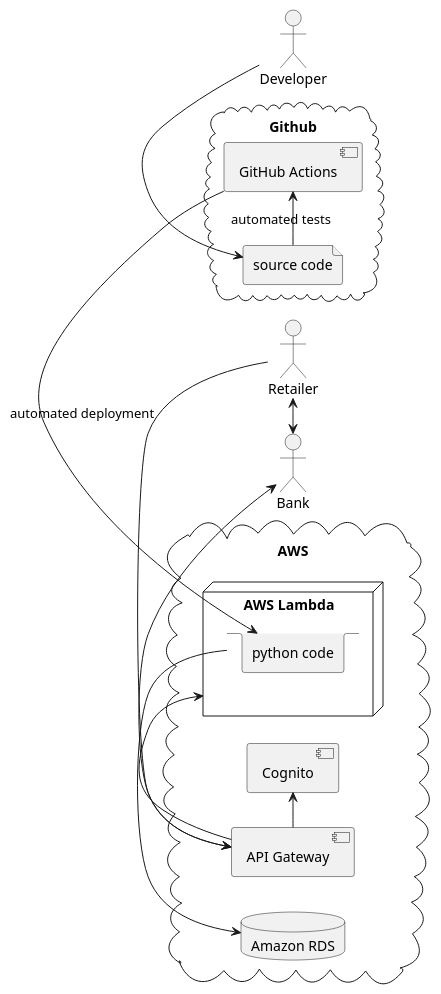
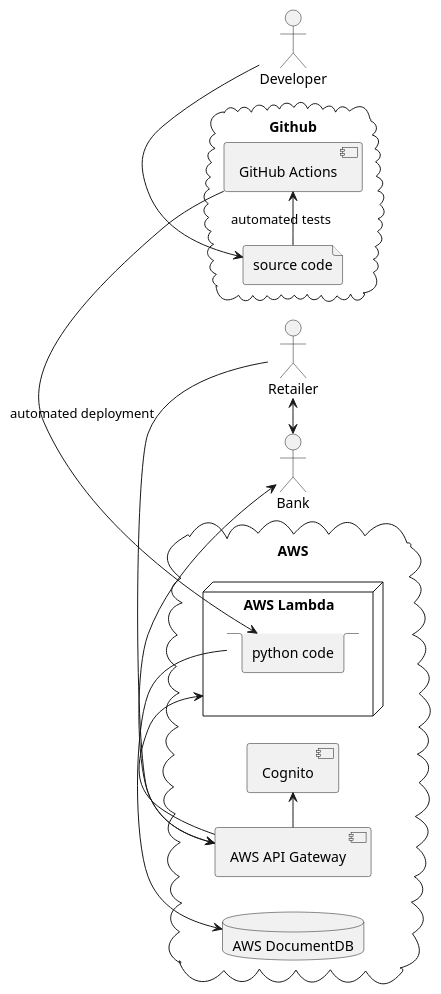
One commit to chexr-receipt-project/Manual changed the diagram in architectural/topology.pu. Above: the diagram before and after it, drawn with PlantUML. The commit also changed 6 other files, not shown here.

```diff
--- a/architectural/topology.pu
+++ b/architectural/topology.pu
@@ -1,33 +1,33 @@
 @startuml topology
 left to right direction
 actor Retailer
 actor Bank
 actor Developer
 
 cloud AWS {
-    database "Amazon RDS" as db
-    component "API Gateway" as api
+    database "AWS DocumentDB" as db
+    component "AWS API Gateway" as api
     component Cognito as auth
     node "AWS Lambda" as code {
         stack "python code" as runtime
     }
     
     api -> auth
     api -> code
     runtime -> db
     Retailer -> api
     Bank <-> api
     Retailer <-> Bank
 
 }
 
 cloud Github {
 
     file "source code" as source
     component "GitHub Actions" as ci
     source -> ci : automated tests
     ci -> runtime : automated deployment
     Developer -> source
 }
 
 @enduml
```
